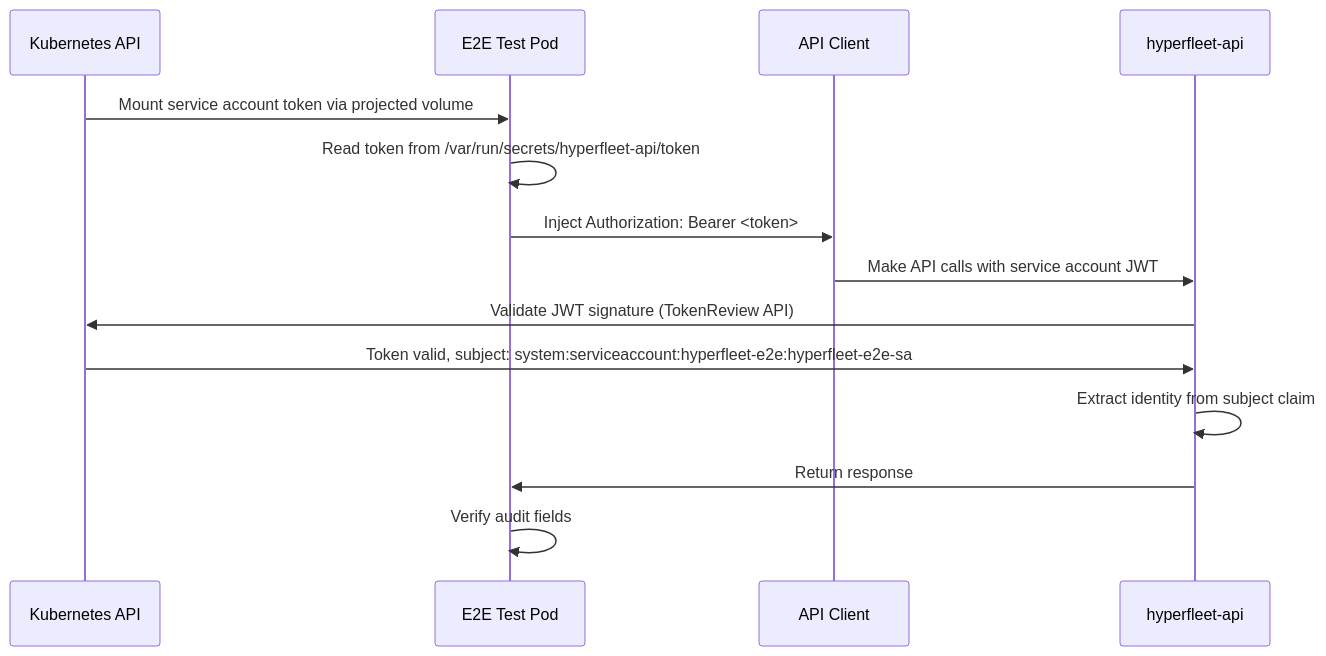
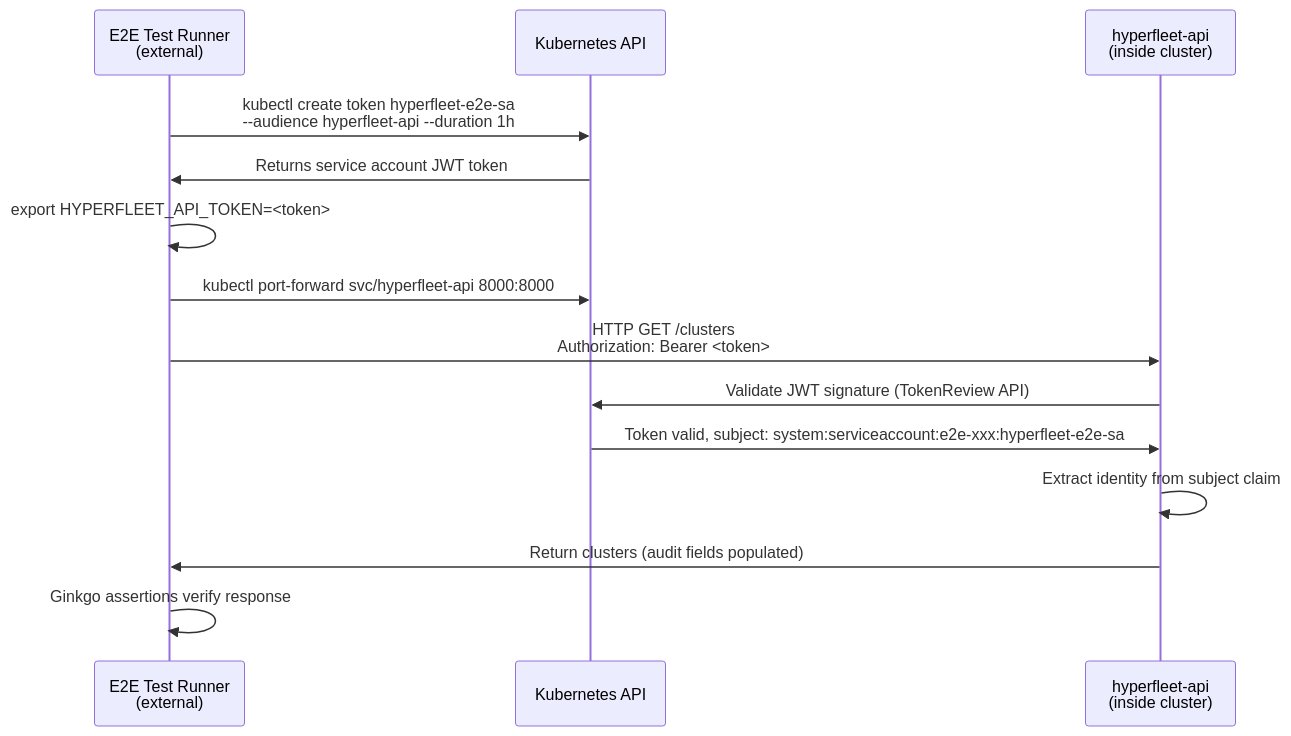
One commit to ldornele/architecture changed the second of 2 diagrams in hyperfleet/adrs/0018-e2e-jwt-tls-architecture.md. Above: the diagram before and after it, drawn with Mermaid. The commit also changed other lines of this file, not shown here.

````diff
--- a/hyperfleet/adrs/0018-e2e-jwt-tls-architecture.md
+++ b/hyperfleet/adrs/0018-e2e-jwt-tls-architecture.md
@@ -90,17 +76,17 @@
 ```mermaid
 sequenceDiagram
+    participant E2E as E2E Test Runner<br/>(external)
     participant K8s as Kubernetes API
-    participant Test as E2E Test Pod
-    participant Client as API Client
-    participant API as hyperfleet-api
+    participant API as hyperfleet-api<br/>(inside cluster)
 
-    K8s->>Test: Mount service account token via projected volume
-    Test->>Test: Read token from /var/run/secrets/hyperfleet-api/token
-    Test->>Client: Inject Authorization: Bearer <token>
-    Client->>API: Make API calls with service account JWT
+    E2E->>K8s: kubectl create token hyperfleet-e2e-sa<br/>--audience hyperfleet-api --duration 1h
+    K8s->>E2E: Returns service account JWT token
+    E2E->>E2E: export HYPERFLEET_API_TOKEN=<token>
+    E2E->>K8s: kubectl port-forward svc/hyperfleet-api 8000:8000
+    E2E->>API: HTTP GET /clusters<br/>Authorization: Bearer <token>
     API->>K8s: Validate JWT signature (TokenReview API)
-    K8s->>API: Token valid, subject: system:serviceaccount:hyperfleet-e2e:hyperfleet-e2e-sa
+    K8s->>API: Token valid, subject: system:serviceaccount:e2e-xxx:hyperfleet-e2e-sa
     API->>API: Extract identity from subject claim
-    API->>Test: Return response
-    Test->>Test: Verify audit fields
+    API->>E2E: Return clusters (audit fields populated)
+    E2E->>E2E: Ginkgo assertions verify response
 ```
````
